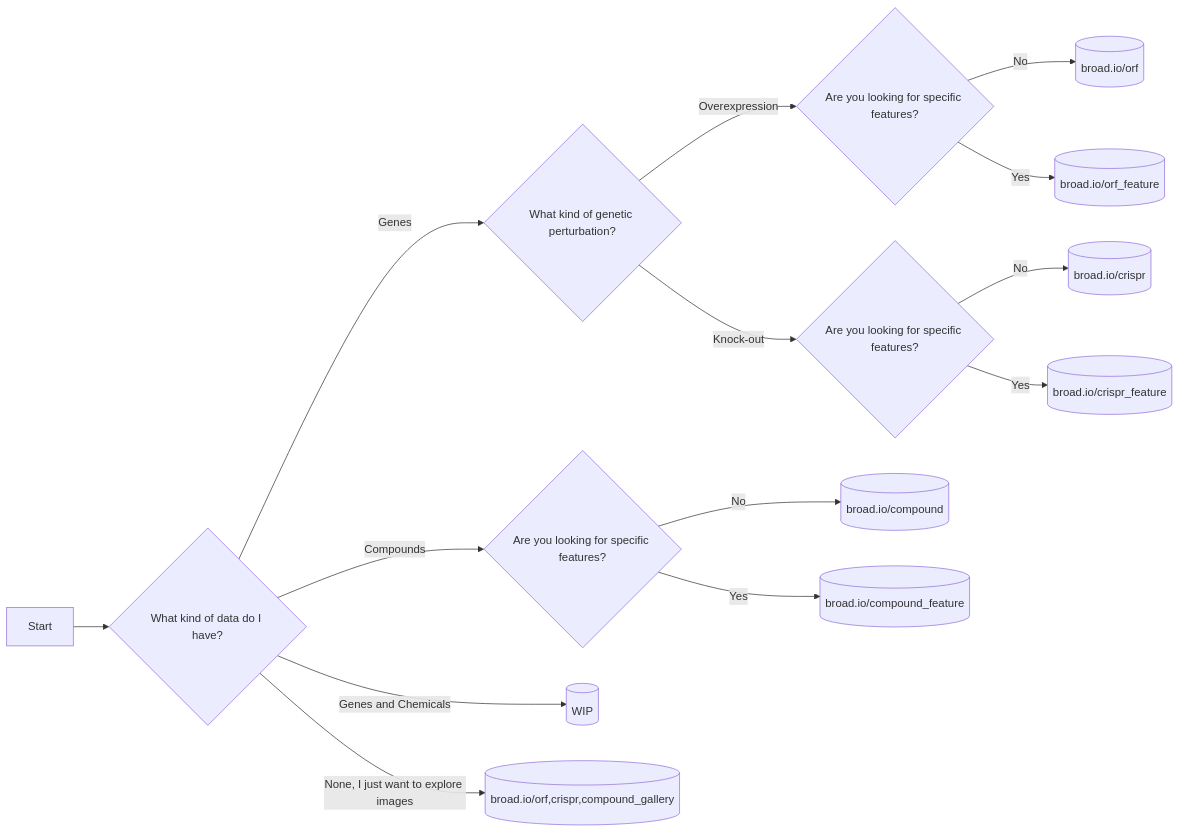
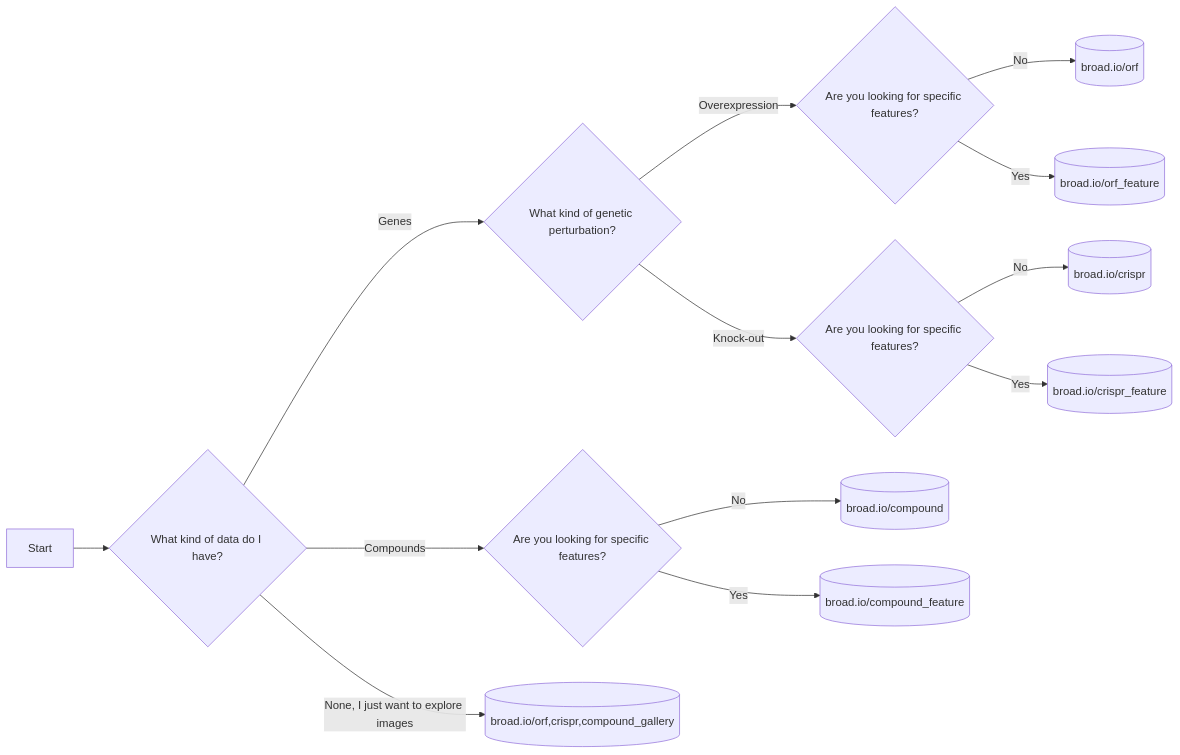
Before and after one commit to broadinstitute/monorepo: the diagram in libs/jump_rr/README.md, drawn with Mermaid. The commit also changed other lines of this file, not shown here.

````diff
--- a/libs/jump_rr/README.md
+++ b/libs/jump_rr/README.md
@@ -16,16 +16,15 @@
 ```mermaid
 flowchart LR
     A[Start] --> B{What kind of data do I have?}
     B -- Compounds --> compounds{Are you looking for specific features?}
     B -- Genes --> D{What kind of genetic perturbation?}
-    B -- Genes and Chemicals --> asd[(WIP)]
     B -- None, I just want to explore images --> images[(broad.io/orf,crispr,compound_gallery)]
     D -- Overexpression --> orf{Are you looking for specific features?}
     D -- Knock-out --> crispr{Are you looking for specific features?}
     orf -- No -->  F[(broad.io/orf)]
     orf -- Yes -->  G[(broad.io/orf_feature)]
     crispr -- No -->  H[(broad.io/crispr)]
     crispr -- Yes --> I[(broad.io/crispr_feature)]
     compounds -- No --> J[(broad.io/compound)]
     compounds -- Yes --> K[(broad.io/compound_feature)]
 ```
````
